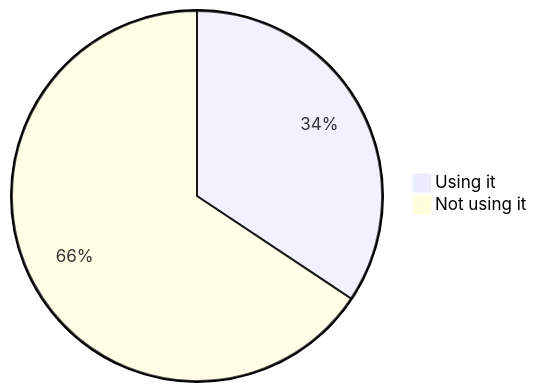
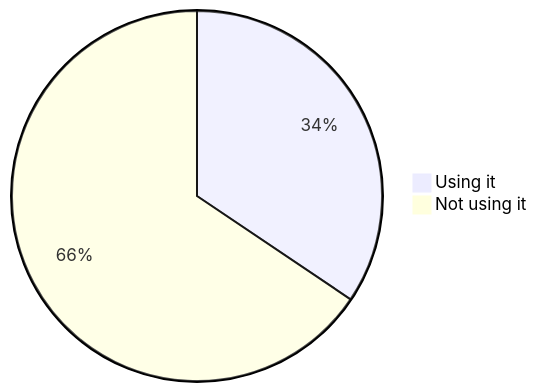
One commit to oshp/oshp-stats changed the second of 22 diagrams in stats.md. Above: the diagram before and after it, drawn with Mermaid. The commit also changed other lines of this file, not shown here.

````diff
--- a/stats.md
+++ b/stats.md
@@ -22,6 +22,6 @@
 ```mermaid
 pie
-	"Using it" : 34.35
-	"Not using it" : 65.65
+	"Using it" : 34.43
+	"Not using it" : 65.57
 
 ```
````
